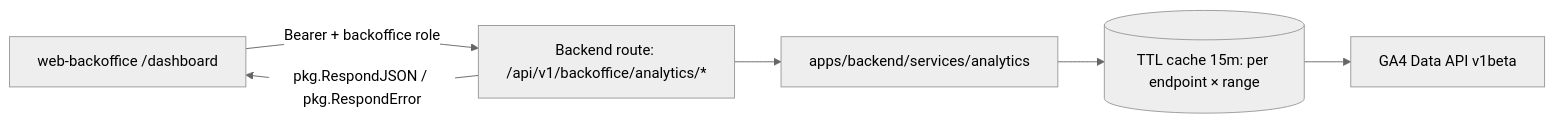
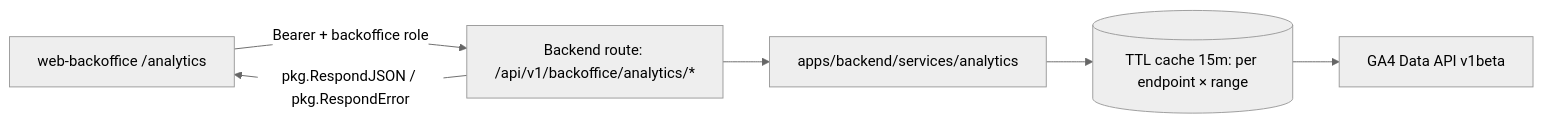
Before and after one commit to sathittham/factory-sync-solutions: the diagram in docs/product/bo-dashboard-ga4/README.md, drawn with Mermaid (neutral theme). The commit also changed other lines of this file and 21 other files, not shown here.

First line of the commit message:
feat(web): move GA4 analytics to dedicated page with per-site tabs (#34)

````diff
--- a/docs/product/bo-dashboard-ga4/README.md
+++ b/docs/product/bo-dashboard-ga4/README.md
@@ -76,8 +77,8 @@
 ```mermaid
 flowchart LR
-  U[web-backoffice /dashboard] -->|Bearer + backoffice role| R[Backend route: /api/v1/backoffice/analytics/*]
+  U[web-backoffice /analytics] -->|Bearer + backoffice role| R[Backend route: /api/v1/backoffice/analytics/*]
   R --> S[apps/backend/services/analytics]
   S --> C[(TTL cache 15m: per endpoint × range)]
   C --> G[GA4 Data API v1beta]
   R -->|pkg.RespondJSON / pkg.RespondError| U
 ```
````
